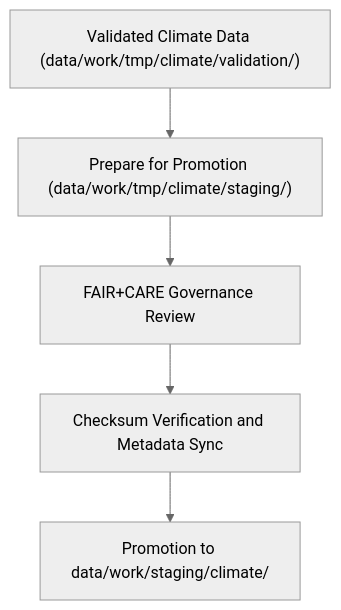
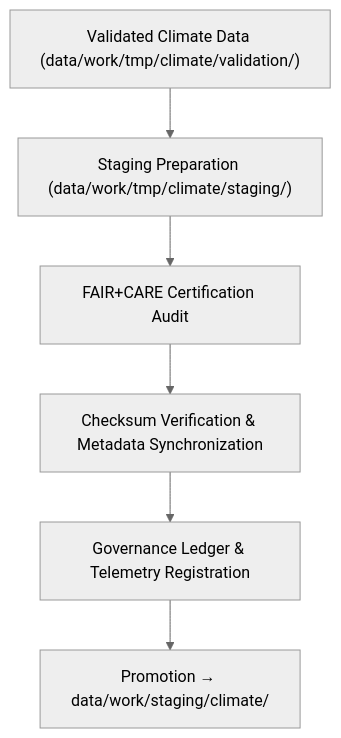
The diagram in data/work/tmp/climate/staging/README.md (bartytime4life/Kansas-Frontier-Matrix), drawn with Mermaid (neutral theme) before and after one commit. The commit also changed other lines of this file, not shown here.

````diff
--- a/data/work/tmp/climate/staging/README.md
+++ b/data/work/tmp/climate/staging/README.md
@@ -61,7 +68,8 @@
 ```mermaid
 flowchart TD
-    A["Validated Climate Data (data/work/tmp/climate/validation/)"] --> B["Prepare for Promotion (data/work/tmp/climate/staging/)"]
-    B --> C["FAIR+CARE Governance Review"]
-    C --> D["Checksum Verification and Metadata Sync"]
-    D --> E["Promotion to data/work/staging/climate/"]
+    A["Validated Climate Data (data/work/tmp/climate/validation/)"] --> B["Staging Preparation (data/work/tmp/climate/staging/)"]
+    B --> C["FAIR+CARE Certification Audit"]
+    C --> D["Checksum Verification & Metadata Synchronization"]
+    D --> E["Governance Ledger & Telemetry Registration"]
+    E --> F["Promotion → data/work/staging/climate/"]
 ```
````
